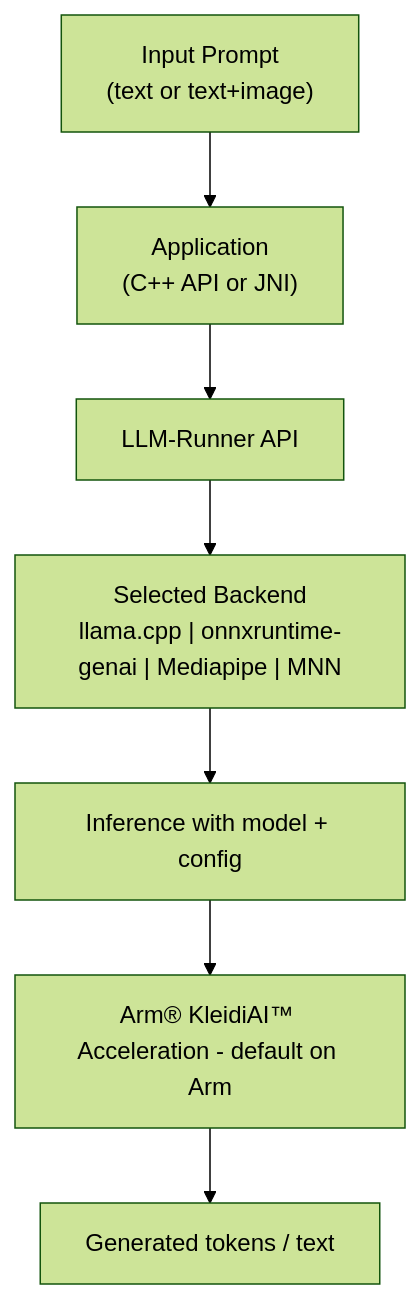
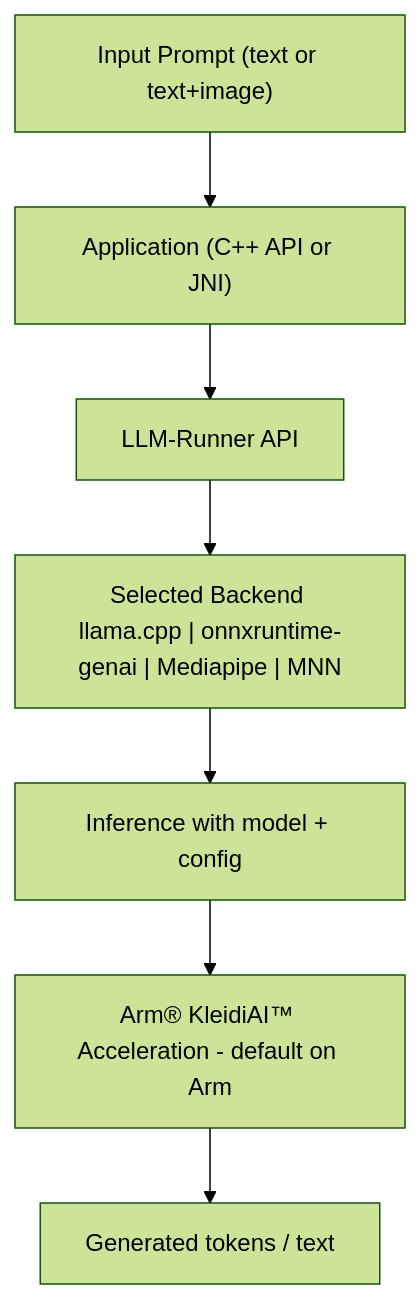
Before and after one commit to NinaARM/LLM-Runner: the diagram in docs/architecture.md, drawn with Mermaid (forest theme).

````diff
--- a/docs/architecture.md
+++ b/docs/architecture.md
@@ -17,18 +17,18 @@
 ```mermaid
 graph TD
-    Prompt["Input Prompt<br/>(text or text+image)"]
-    App["Application<br/>(C++ API or JNI)"]
+    Prompt["Input Prompt (text or text+image)"]
+    App["Application (C++ API or JNI)"]
     LLMRunner["LLM-Runner API"]
-    Backend["Selected Backend<br/>llama.cpp | onnxruntime-genai | Mediapipe | MNN"]
+    Backend["Selected Backend llama.cpp | onnxruntime-genai | Mediapipe | MNN"]
     Inference["Inference with model + config"]
     KleidiAI["Arm® KleidiAI™ Acceleration - default on Arm"]
     Output["Generated tokens / text"]
 
     Prompt --> App
     App --> LLMRunner
     LLMRunner --> Backend
     Backend --> Inference
     Inference --> KleidiAI
     KleidiAI --> Output
 
 ```
````
